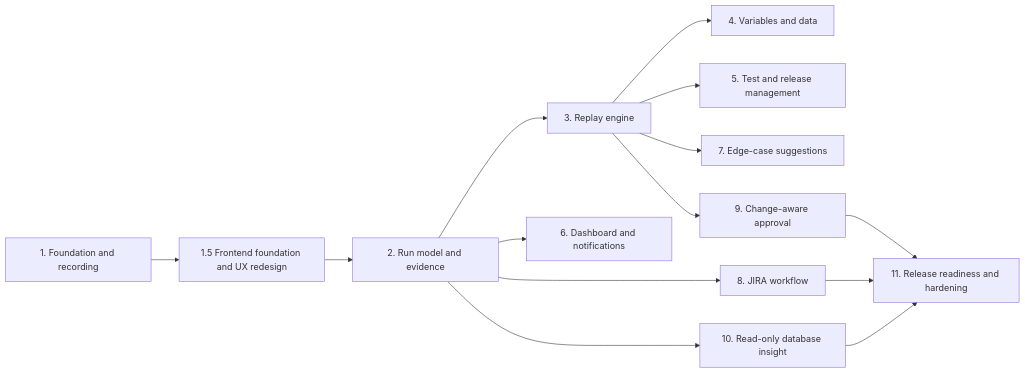
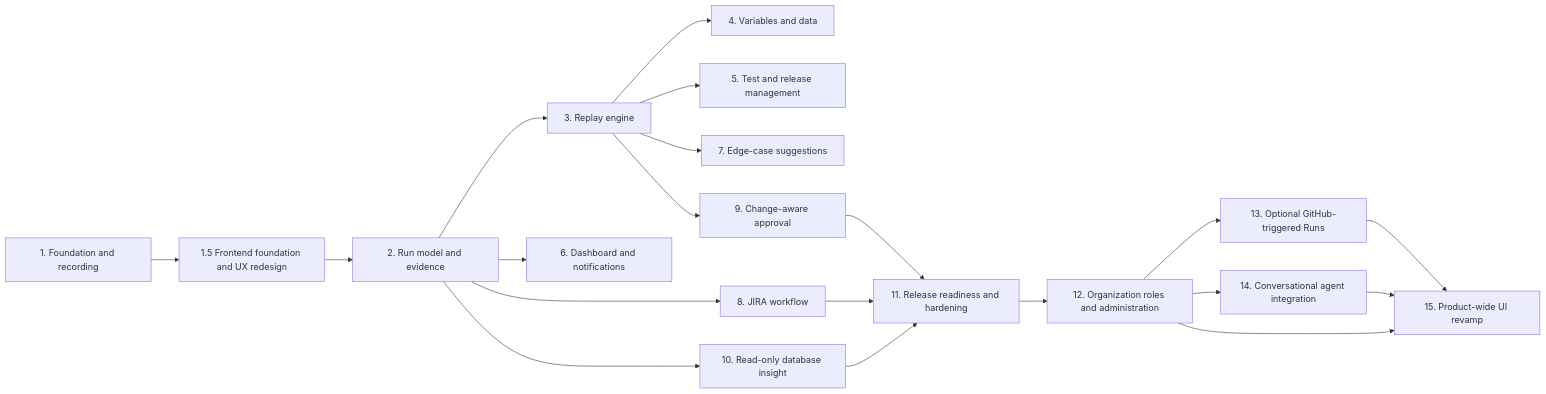
One commit to Devilcoder2/testing-agent-project changed the diagram in phases.md. Above: the diagram before and after it, drawn with Mermaid. The commit also changed other lines of this file, not shown here.

````diff
--- a/phases.md
+++ b/phases.md
@@ -9,16 +9,22 @@
 ```mermaid
 flowchart LR
-    P1["1. Foundation and recording"] --> P15["1.5 Frontend foundation and UX redesign"]
-    P15 --> P2["2. Run model and evidence"]
+    P1["1. Foundation and recording"] --> P1_5["1.5 Frontend foundation and UX redesign"]
+    P1_5 --> P2["2. Run model and evidence"]
     P2 --> P3["3. Replay engine"]
     P3 --> P4["4. Variables and data"]
     P3 --> P5["5. Test and release management"]
     P2 --> P6["6. Dashboard and notifications"]
     P3 --> P7["7. Edge-case suggestions"]
     P2 --> P8["8. JIRA workflow"]
     P3 --> P9["9. Change-aware approval"]
     P2 --> P10["10. Read-only database insight"]
     P8 --> P11["11. Release readiness and hardening"]
     P9 --> P11
     P10 --> P11
+    P11 --> P12["12. Organization roles and administration"]
+    P12 --> P13["13. Optional GitHub-triggered Runs"]
+    P12 --> P14["14. Conversational agent integration"]
+    P12 --> P15["15. Product-wide UI revamp"]
+    P13 --> P15
+    P14 --> P15
 ```
````
